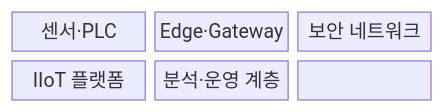
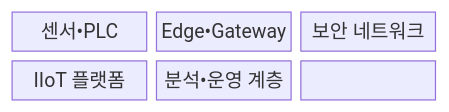
The first of 2 diagrams in src/content/docs/notes/08-latest-tech/203_industrial_iot.md (agnusdei1207/knowledge-base), drawn with Mermaid before and after one commit. The commit also changed other lines of this file and 953 other files, not shown here.

````diff
--- a/src/content/docs/notes/08-latest-tech/203_industrial_iot.md
+++ b/src/content/docs/notes/08-latest-tech/203_industrial_iot.md
@@ -68,11 +68,11 @@
 ```mermaid
 block-beta
   columns 3
-  N0["센서·PLC"]
-  N1["Edge·Gateway"]
+  N0["센서•PLC"]
+  N1["Edge•Gateway"]
   N2["보안 네트워크"]
   N3["IIoT 플랫폼"]
-  N4["분석·운영 계층"]
+  N4["분석•운영 계층"]
   N0 --- N1 --- N2
   N2 --- N3 --- N4
 ```
````
